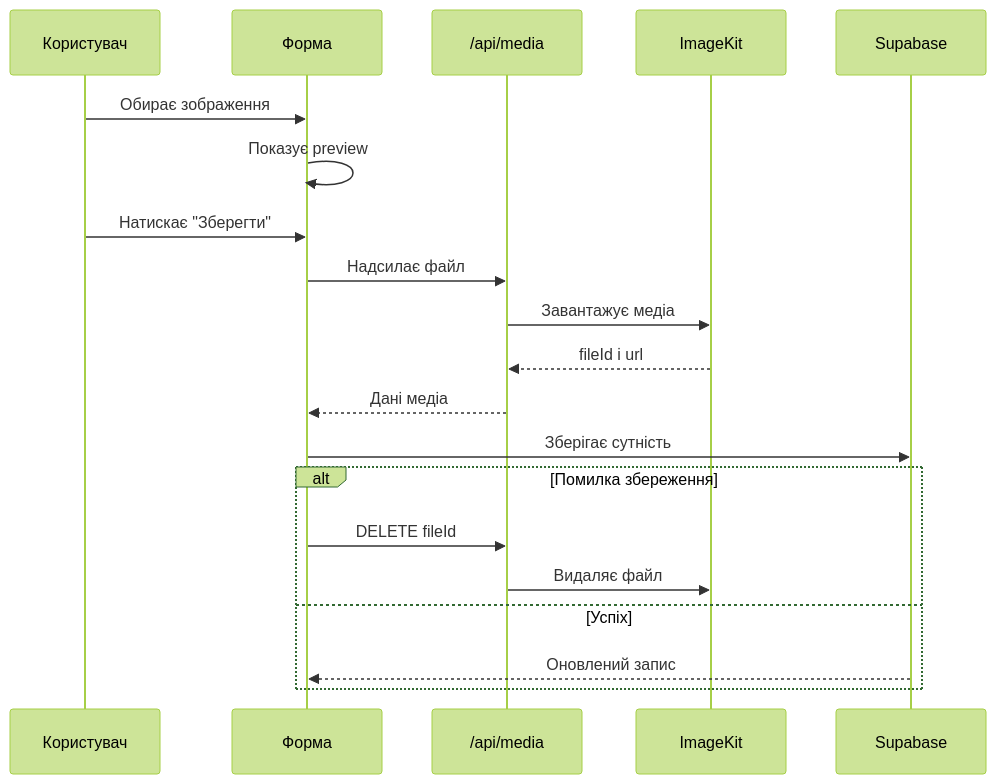
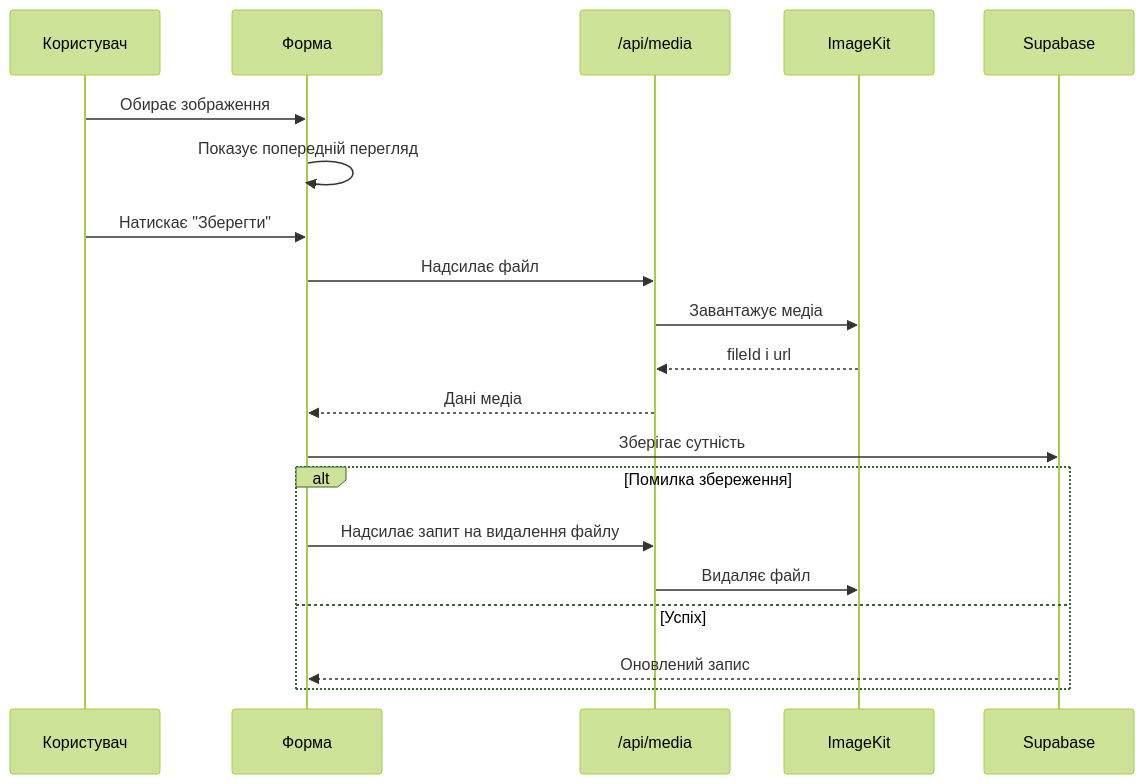
The third of 5 diagrams in output/doc/studentflow_diploma_sections.md (danilostahiv887-cmd/StudentFlow), drawn with Mermaid (forest theme) before and after one commit. The commit also changed other lines of this file and 4 other files, not shown here.

````diff
--- a/output/doc/studentflow_diploma_sections.md
+++ b/output/doc/studentflow_diploma_sections.md
@@ -230,22 +230,22 @@
 ```mermaid
 sequenceDiagram
   participant U as Користувач
   participant F as Форма
   participant API as /api/media
   participant IK as ImageKit
   participant DB as Supabase
   U->>F: Обирає зображення
-  F->>F: Показує preview
+  F->>F: Показує попередній перегляд
   U->>F: Натискає "Зберегти"
   F->>API: Надсилає файл
   API->>IK: Завантажує медіа
   IK-->>API: fileId і url
   API-->>F: Дані медіа
   F->>DB: Зберігає сутність
   alt Помилка збереження
-    F->>API: DELETE fileId
+    F->>API: Надсилає запит на видалення файлу
     API->>IK: Видаляє файл
   else Успіх
     DB-->>F: Оновлений запис
   end
 ```
````
